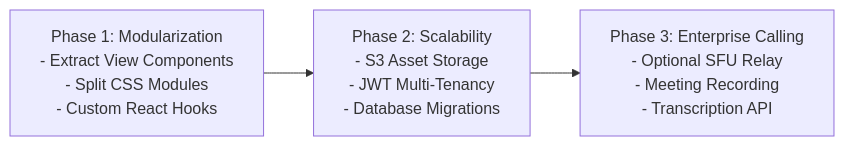
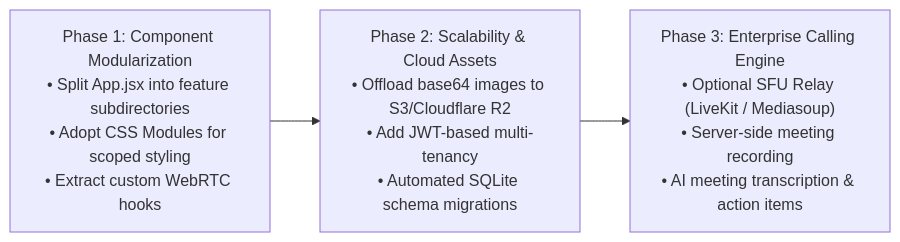
Before and after one commit to itssagarK/meetManager: the tenth of 10 diagrams in PROJECT_DOCUMENTATION.md, drawn with Mermaid. The commit also changed other lines of this file and 3 other files, not shown here.

````diff
--- a/PROJECT_DOCUMENTATION.md
+++ b/PROJECT_DOCUMENTATION.md
@@ -687,5 +733,5 @@
 ```mermaid
 flowchart LR
-    Phase1["Phase 1: Modularization\n- Extract View Components\n- Split CSS Modules\n- Custom React Hooks"] --> Phase2["Phase 2: Scalability\n- S3 Asset Storage\n- JWT Multi-Tenancy\n- Database Migrations"]
-    Phase2 --> Phase3["Phase 3: Enterprise Calling\n- Optional SFU Relay\n- Meeting Recording\n- Transcription API"]
+    Phase1["Phase 1: Component Modularization\n• Split App.jsx into feature subdirectories\n• Adopt CSS Modules for scoped styling\n• Extract custom WebRTC hooks"] --> Phase2["Phase 2: Scalability & Cloud Assets\n• Offload base64 images to S3/Cloudflare R2\n• Add JWT-based multi-tenancy\n• Automated SQLite schema migrations"]
+    Phase2 --> Phase3["Phase 3: Enterprise Calling Engine\n• Optional SFU Relay (LiveKit / Mediasoup)\n• Server-side meeting recording\n• AI meeting transcription & action items"]
 ```
````
